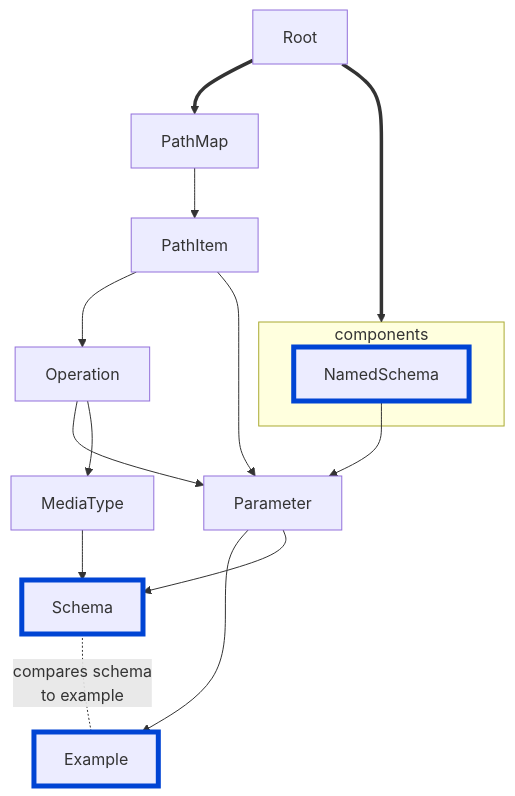
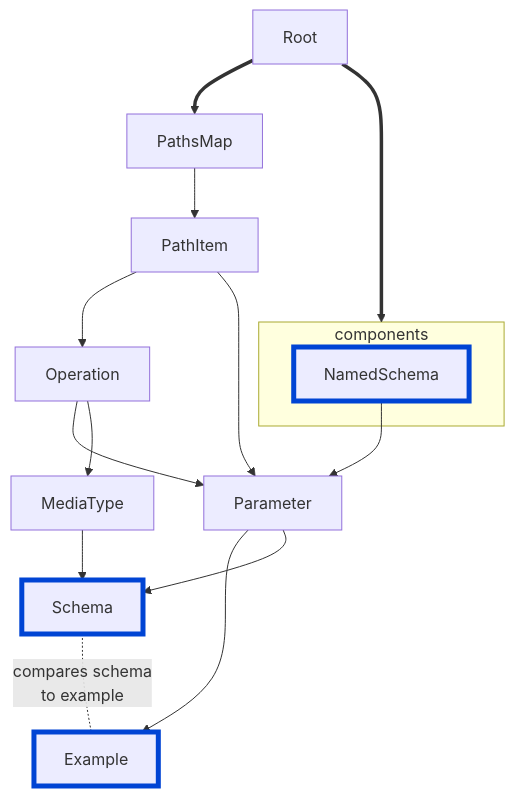
The diagram in docs/rules/no-invalid-schema-examples.md (Redocly/redocly-cli), drawn with Mermaid before and after one commit. The commit also changed 32 other files, not shown here.

````diff
--- a/docs/rules/no-invalid-schema-examples.md
+++ b/docs/rules/no-invalid-schema-examples.md
@@ -11,22 +11,22 @@
 ```mermaid
 flowchart TD
 
-Root ==> PathMap --> PathItem --> Operation --> Parameter --> Example
+Root ==> PathsMap --> PathItem --> Operation --> Parameter --> Example
 PathItem --> Parameter
 Parameter --> Schema
 Operation --> MediaType --> Schema
 Root ==> components
 
 NamedSchema --> Parameter
 
 Schema -.compares schema\nto example.- Example
 
 subgraph components
 NamedSchema
 end
 
 
 style Example fill:#codaf9,stroke:#0044d4,stroke-width:5px
 style Schema fill:#codaf9,stroke:#0044d4,stroke-width:5px
 style NamedSchema fill:#codaf9,stroke:#0044d4,stroke-width:5px
 ```
````
